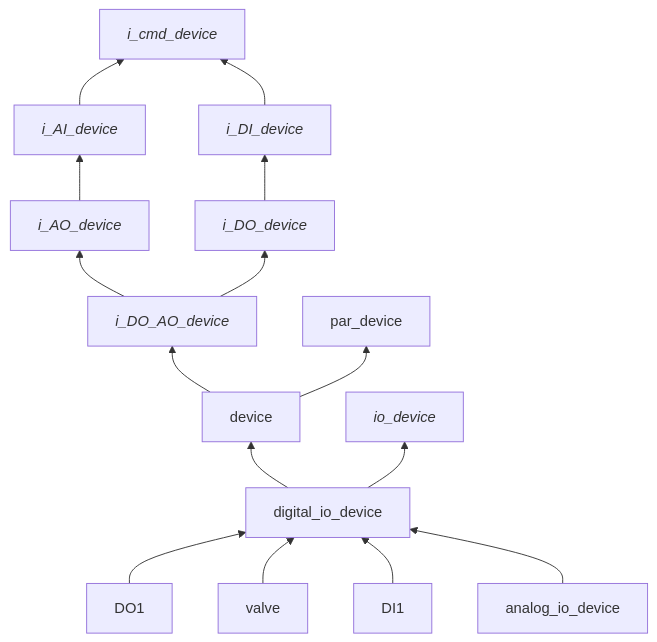
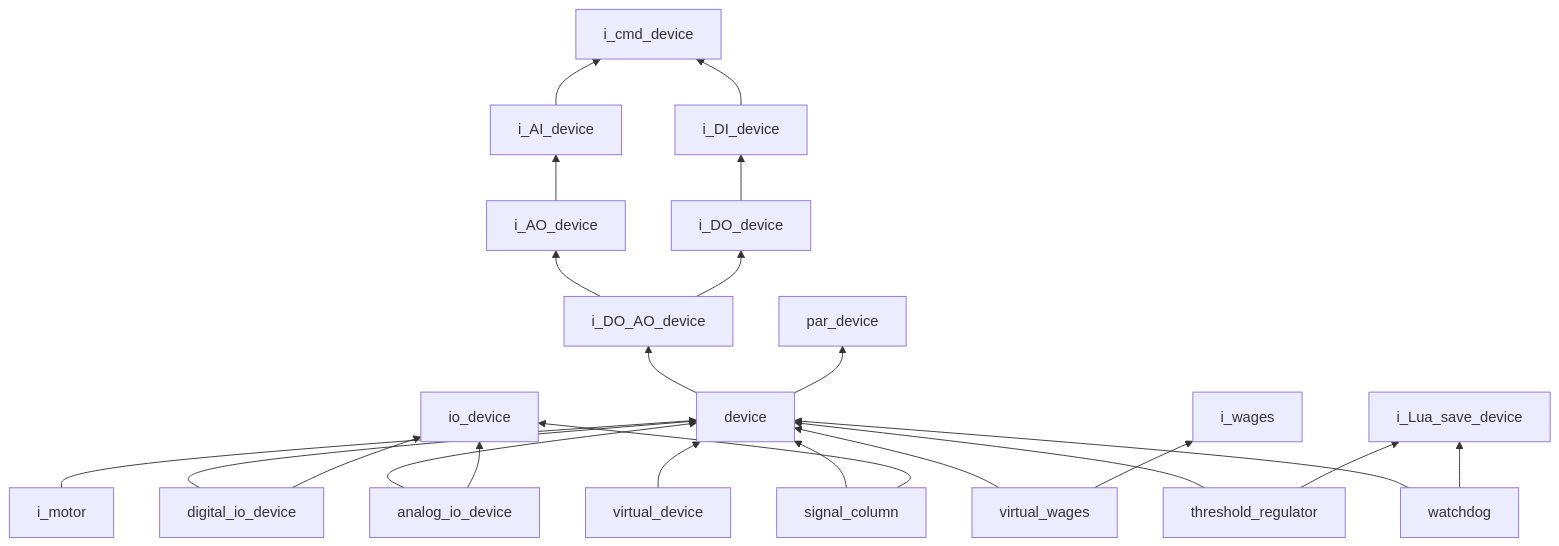
One commit to savushkin-r-d/ptusa_main changed the first of 11 diagrams in docs/class_scheme/readme.md. Above: the diagram before and after it, drawn with Mermaid. The commit also changed other lines of this file, not shown here.

Commit message:
[doc] Update `Mermaid` class diagrams (#1162)

````diff
--- a/docs/class_scheme/readme.md
+++ b/docs/class_scheme/readme.md
@@ -3,18 +3,25 @@
 ```mermaid
 flowchart BT
-digital_io_device[digital_io_device]
-digital_io_device-->device[device]
-digital_io_device-->io_device[<i>io_device</i>]
-device-->i_DO_AO_device[<i>i_DO_AO_device</i>]
-device-->par_device[par_device]
-i_DO_AO_device-->i_AO_device[<i>i_AO_device</i>]
-i_DO_AO_device-->i_DO_device[<i>i_DO_device</i>]
-i_AO_device-->i_AI_device[<i>i_AI_device</i>]
-i_DO_device-->i_DI_device[<i>i_DI_device</i>]
-i_AI_device-->i_cmd_device[<i>i_cmd_device</i>]
-i_DI_device[<i>i_DI_device</i>]-->i_cmd_device[<i>i_cmd_device</i>]
-DO1[DO1]-->digital_io_device
-valve[valve]-->digital_io_device
-DI1[DI1]-->digital_io_device
-analog_io_device[analog_io_device]-->digital_io_device
+    device[device] --> i_DO_AO_device[i_DO_AO_device]
+    device --> par_device[par_device]
+    i_DO_device[i_DO_device] --> i_DI_device[i_DI_device]
+    i_AO_device[i_AO_device] --> i_AI_device[i_AI_device]
+    i_DI_device --> i_cmd_device[i_cmd_device]
+    i_AI_device --> i_cmd_device
+    i_DO_AO_device --> i_AO_device
+    i_DO_AO_device --> i_DO_device
+    digital_io_device[digital_io_device] --> device
+    digital_io_device --> io_device[io_device]
+    analog_io_device[analog_io_device] --> device
+    analog_io_device --> io_device
+    i_motor[i_motor] --> device
+    signal_column[signal_column] --> device
+    signal_column --> io_device
+    virtual_wages[virtual_wages] --> device
+    virtual_wages --> i_wages[i_wages]
+    virtual_device[virtual_device] --> device
+    threshold_regulator[threshold_regulator] --> device
+    threshold_regulator --> i_Lua_save_device[i_Lua_save_device]
+    watchdog[watchdog] --> device
+    watchdog --> i_Lua_save_device
 ```
````
